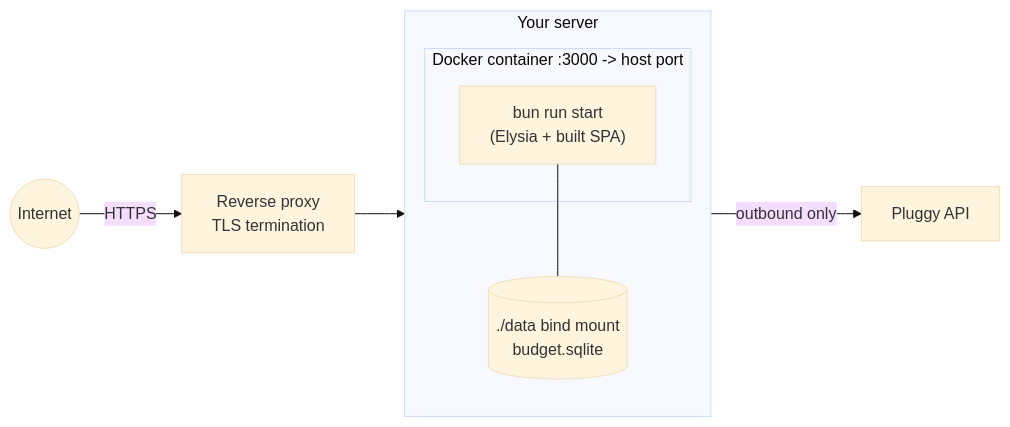
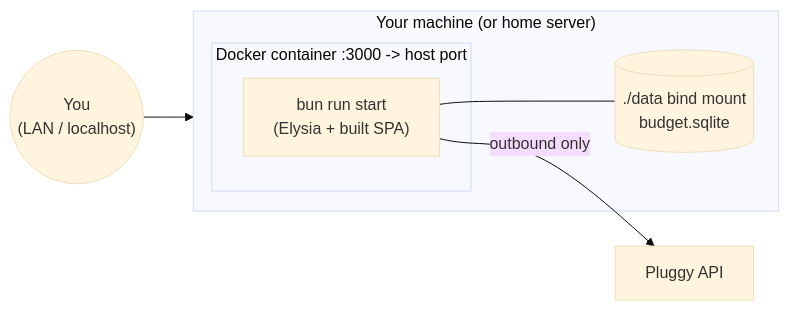
One commit to Botelho31/copiloto-financeiro changed the seventh of 7 diagrams in ARCHITECTURE.md. Above: the diagram before and after it, drawn with Mermaid (base theme). The commit also changed other lines of this file and 118 other files, not shown here.

````diff
--- a/ARCHITECTURE.md
+++ b/ARCHITECTURE.md
@@ -323,16 +371,13 @@
 ```mermaid
 flowchart LR
-    subgraph Server["Your server"]
+    subgraph Machine["Your machine (or home server)"]
         subgraph Container["Docker container :3000 -> host port"]
             App["bun run start<br>(Elysia + built SPA)"]
         end
         Volume[("./data bind mount<br>budget.sqlite")]
         App --- Volume
     end
 
-    ReverseProxy["Reverse proxy<br>TLS termination"]
-
-    Internet(("Internet")) -->|"HTTPS"| ReverseProxy
-    ReverseProxy --> Server
-    Server -->|"outbound only"| PluggyAPI["Pluggy API"]
+    You(("You<br>(LAN / localhost)")) --> Machine
+    App -->|"outbound only"| PluggyAPI["Pluggy API"]
 ```
````
